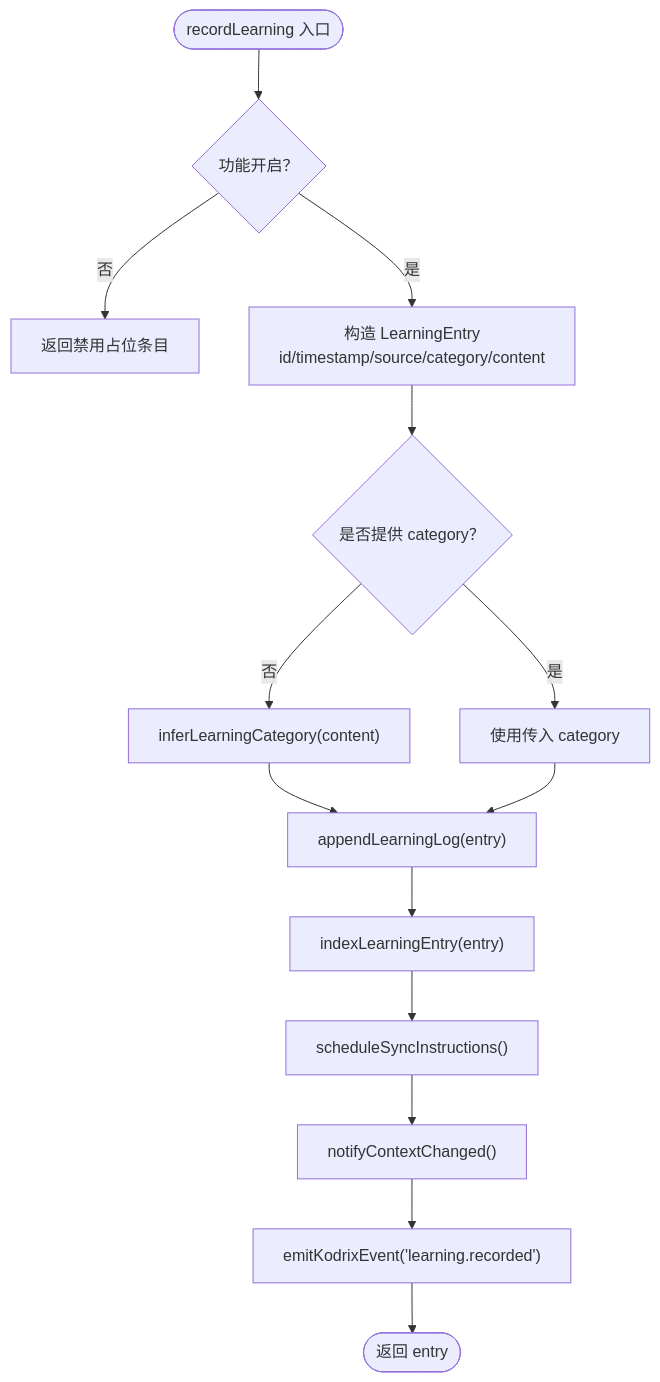
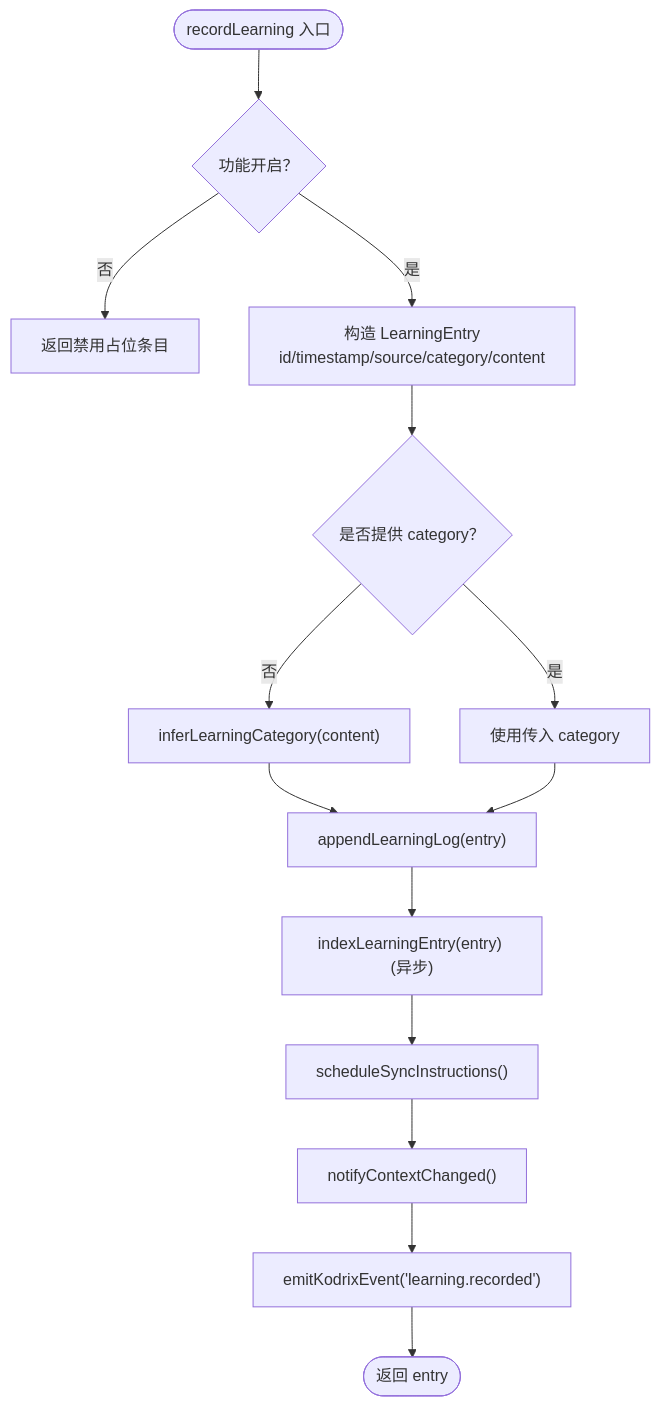
Before and after one commit to sofate798/KodrixCode: the third of 8 diagrams in .qoder/repowiki/zh/content/Agent 操作系统/Memory 记忆系统/Learning Engine 学习引擎.md, drawn with Mermaid. The commit also changed other lines of this file and 84 other files, not shown here.

````diff
--- a/.qoder/repowiki/zh/content/Agent 操作系统/Memory 记忆系统/Learning Engine 学习引擎.md
+++ b/.qoder/repowiki/zh/content/Agent 操作系统/Memory 记忆系统/Learning Engine 学习引擎.md
@@ -134,16 +145,16 @@
 ```mermaid
 flowchart TD
 Start(["recordLearning 入口"]) --> CheckEnabled{"功能开启？"}
 CheckEnabled --> |否| ReturnDisabled["返回禁用占位条目"]
 CheckEnabled --> |是| BuildEntry["构造 LearningEntry<br/>id/timestamp/source/category/content"]
 BuildEntry --> InferCat{"是否提供 category？"}
 InferCat --> |否| Infer["inferLearningCategory(content)"]
 InferCat --> |是| UseProvided["使用传入 category"]
 Infer --> AppendLog["appendLearningLog(entry)"]
 UseProvided --> AppendLog
-AppendLog --> IndexVec["indexLearningEntry(entry)"]
+AppendLog --> IndexVec["indexLearningEntry(entry) (异步)"]
 IndexVec --> ScheduleSync["scheduleSyncInstructions()"]
 ScheduleSync --> NotifyCtx["notifyContextChanged()"]
 NotifyCtx --> EmitEvent["emitKodrixEvent('learning.recorded')"]
 EmitEvent --> End(["返回 entry"])
 ```
````
